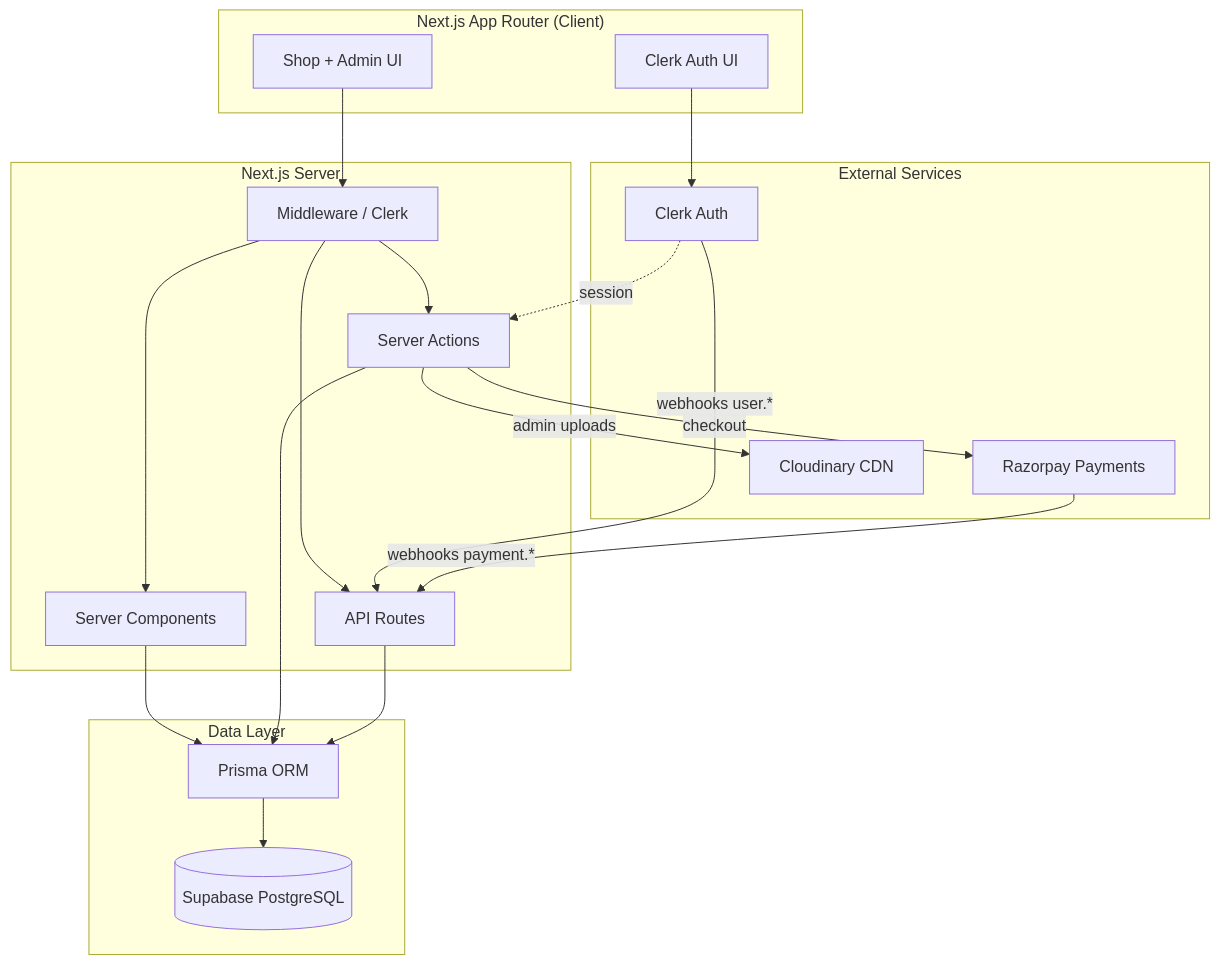
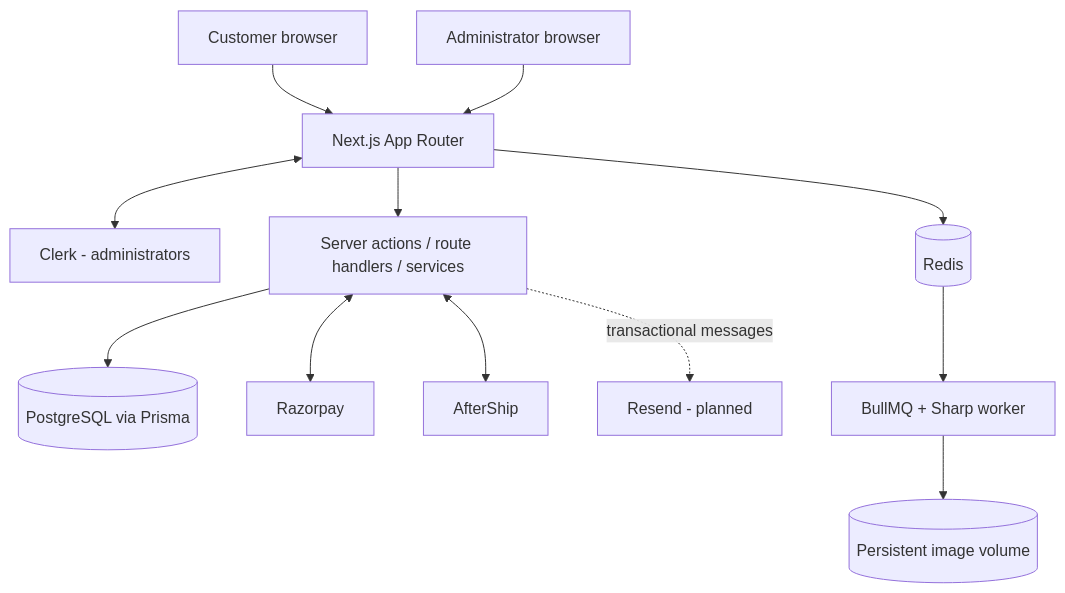
One commit to CodedPraveen/shoes-house changed the diagram in ARCHITECTURE.md. Above: the diagram before and after it, drawn with Mermaid. The commit also changed other lines of this file and 24 other files, not shown here.

````diff
--- a/ARCHITECTURE.md
+++ b/ARCHITECTURE.md
@@ -5,42 +7,27 @@
 ```mermaid
 flowchart TB
-  subgraph Client["Next.js App Router (Client)"]
-    UI[Shop + Admin UI]
-    ClerkUI[Clerk Auth UI]
-  end
+  Browser[Customer browser]
+  Admin[Administrator browser]
+  Next[Next.js App Router]
+  Clerk[Clerk - administrators]
+  Services[Server actions / route handlers / services]
+  DB[(PostgreSQL via Prisma)]
+  RZP[Razorpay]
+  AS[AfterShip]
+  Email[Resend - planned]
+  Redis[(Redis)]
+  Worker[BullMQ + Sharp worker]
+  Storage[(Persistent image volume)]
 
-  subgraph Next["Next.js Server"]
-    MW[Middleware / Clerk]
-    SC[Server Components]
-    SA[Server Actions]
-    API[API Routes]
-  end
-
-  subgraph External["External Services"]
-    Clerk[Clerk Auth]
-    RZP[Razorpay Payments]
-    CLD[Cloudinary CDN]
-  end
-
-  subgraph Data["Data Layer"]
-    Prisma[Prisma ORM]
-    DB[(Supabase PostgreSQL)]
-  end
-
-  UI --> MW
-  ClerkUI --> Clerk
-  MW --> SC
-  MW --> SA
-  MW --> API
-  SC --> Prisma
-  SA --> Prisma
-  API --> Prisma
-  Prisma --> DB
-
-  Clerk -->|webhooks user.*| API
-  RZP -->|webhooks payment.*| API
-  SA -->|checkout| RZP
-  SA -->|admin uploads| CLD
-
-  Clerk -.->|session| SA
+  Browser --> Next
+  Admin --> Next
+  Next <--> Clerk
+  Next --> Services
+  Services --> DB
+  Services <--> RZP
+  Services <--> AS
+  Services -. transactional messages .-> Email
+  Next --> Redis
+  Redis --> Worker
+  Worker --> Storage
 ```
````
